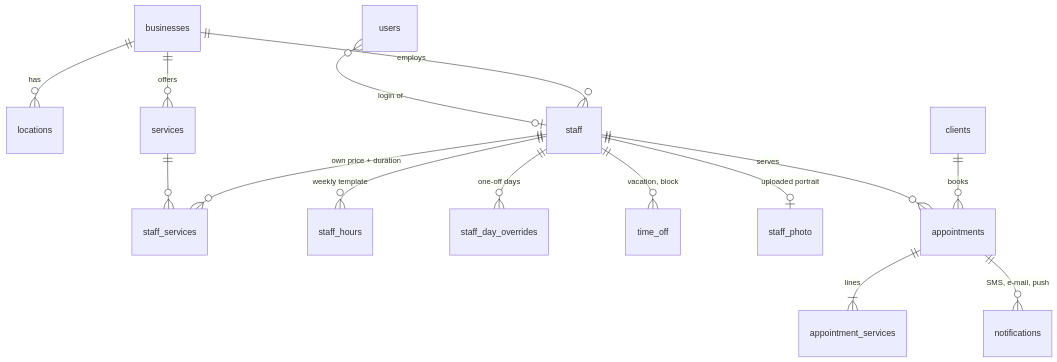
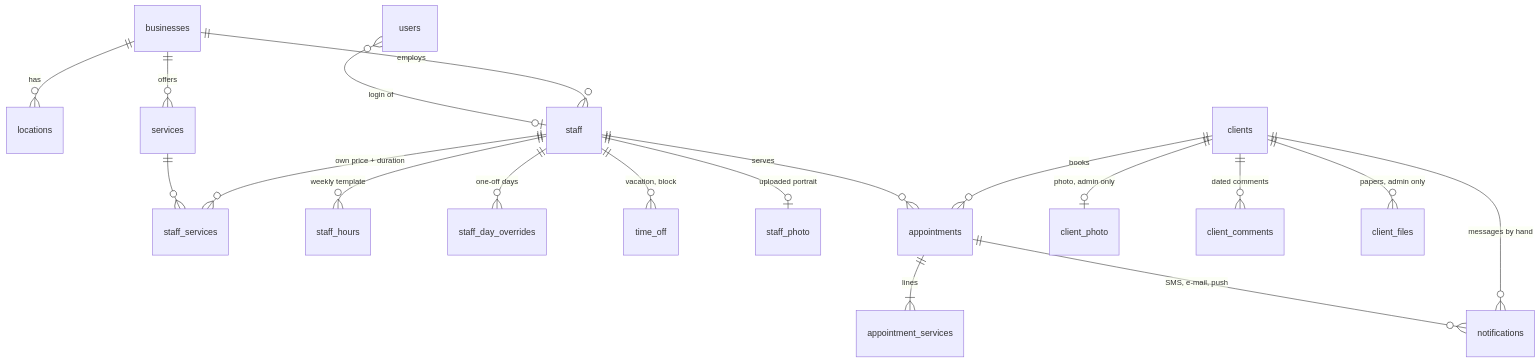
The diagram in docs/data-model.md (dimnovare/rempire-booking), drawn with Mermaid before and after one commit. The commit also changed other lines of this file and 34 other files, not shown here.

````diff
--- a/docs/data-model.md
+++ b/docs/data-model.md
@@ -34,17 +34,21 @@
 ```mermaid
 erDiagram
   businesses ||--o{ locations : has
   businesses ||--o{ staff : employs
   businesses ||--o{ services : offers
   staff ||--o{ staff_services : "own price + duration"
   services ||--o{ staff_services : ""
   staff ||--o{ staff_hours : "weekly template"
   staff ||--o{ staff_day_overrides : "one-off days"
   staff ||--o{ time_off : "vacation, block"
   staff ||--o| staff_photo : "uploaded portrait"
   clients ||--o{ appointments : books
+  clients ||--o| client_photo : "photo, admin only"
+  clients ||--o{ client_comments : "dated comments"
+  clients ||--o{ client_files : "papers, admin only"
+  clients ||--o{ notifications : "messages by hand"
   staff ||--o{ appointments : serves
   appointments ||--|{ appointment_services : lines
   appointments ||--o{ notifications : "SMS, e-mail, push"
   users }o--o| staff : "login of"
 ```
````
